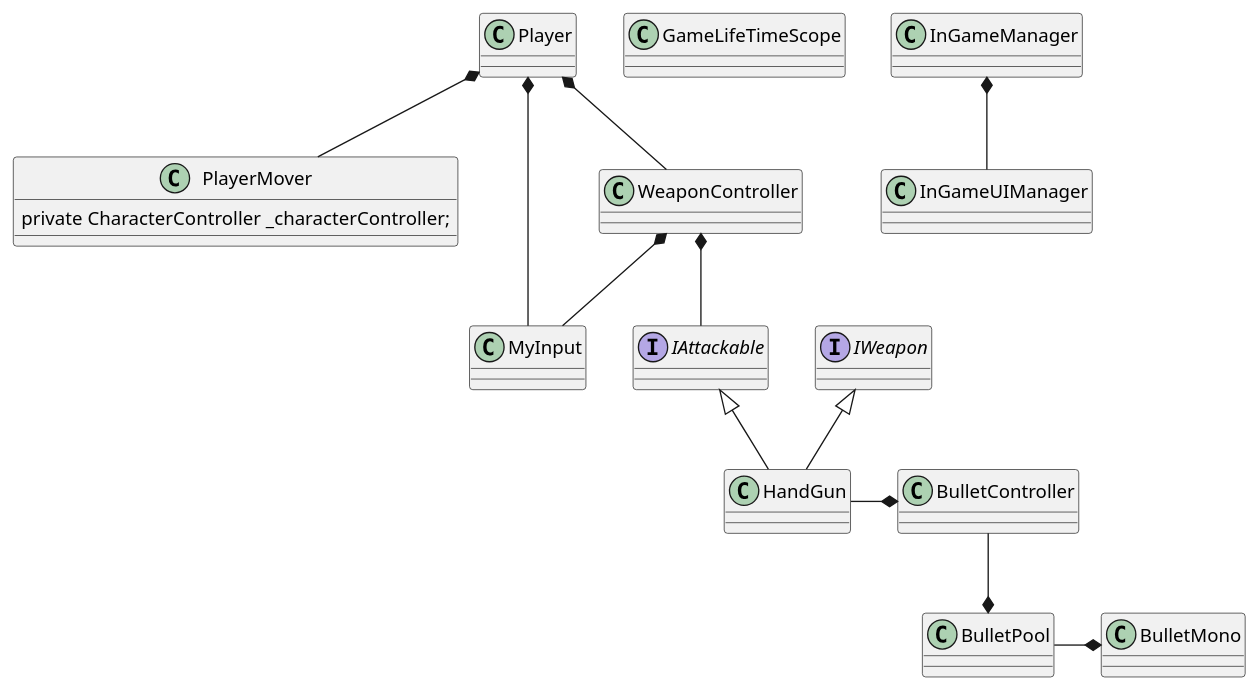
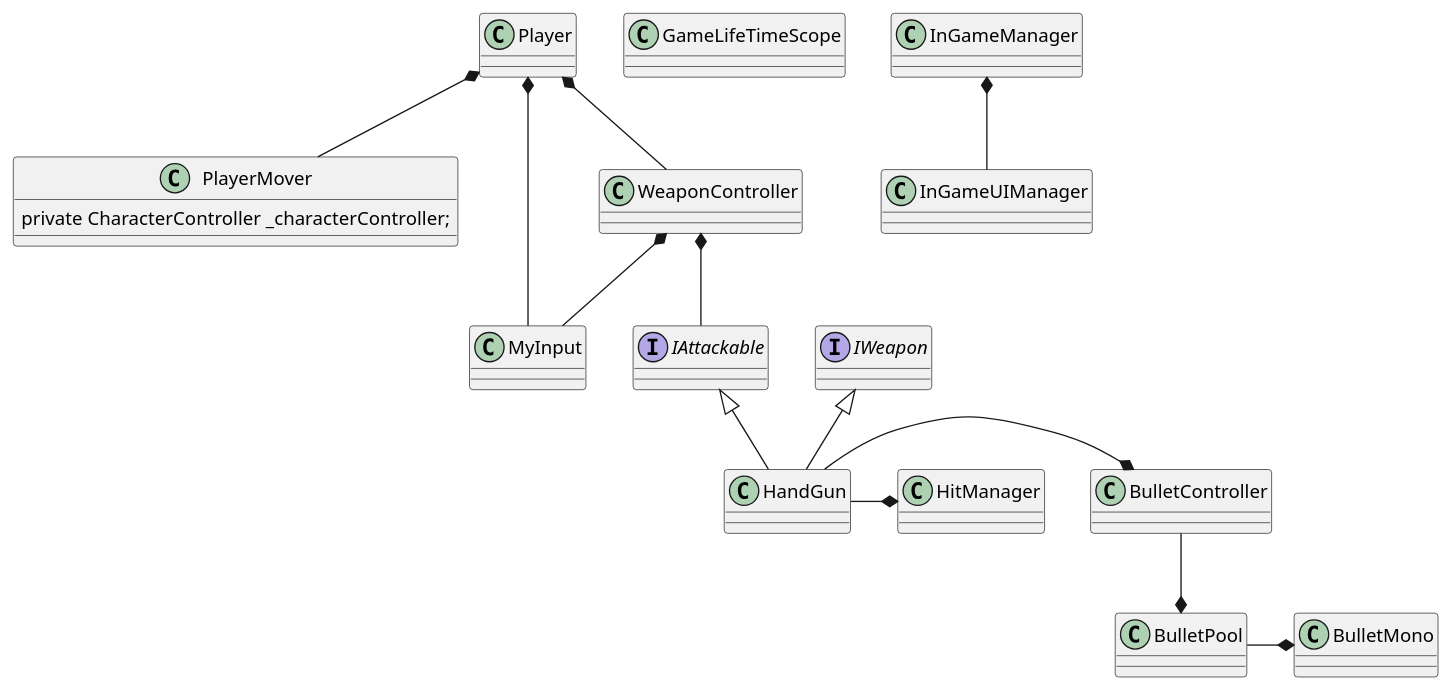
Before and after one commit to heller77/SimpleFPS: the diagram in Assets/ClassDiagram/nowClassDiagram/NowClassDiagram.puml, drawn with PlantUML.

Commit message:
クラス図更新

```diff
--- a/Assets/ClassDiagram/nowClassDiagram/NowClassDiagram.puml
+++ b/Assets/ClassDiagram/nowClassDiagram/NowClassDiagram.puml
@@ -1,35 +1,38 @@
 @startuml
 
 class GameLifeTimeScope{}
 
 Player *-- PlayerMover
 Player *-- MyInput
 Player *-- WeaponController
 WeaponController *-- MyInput
 class Player{
 }
 class PlayerMover{
 private CharacterController _characterController;
 }
 class MyInput{}
 WeaponController *-- IAttackable
 class WeaponController{
 
 }
 HandGun -* BulletController
+HandGun -* HitManager
 BulletController --* BulletPool
 BulletPool -* BulletMono
 class HandGun extends IWeapon,IAttackable{}
 
 interface IWeapon{}
 interface IAttackable{}
 InGameManager *-- InGameUIManager
 class InGameUIManager{}
 class InGameManager{}
 
 class BulletMono{}
 class BulletPool{}
 class BulletController{}
 
+class HitManager{}
+
 
 @enduml
```
